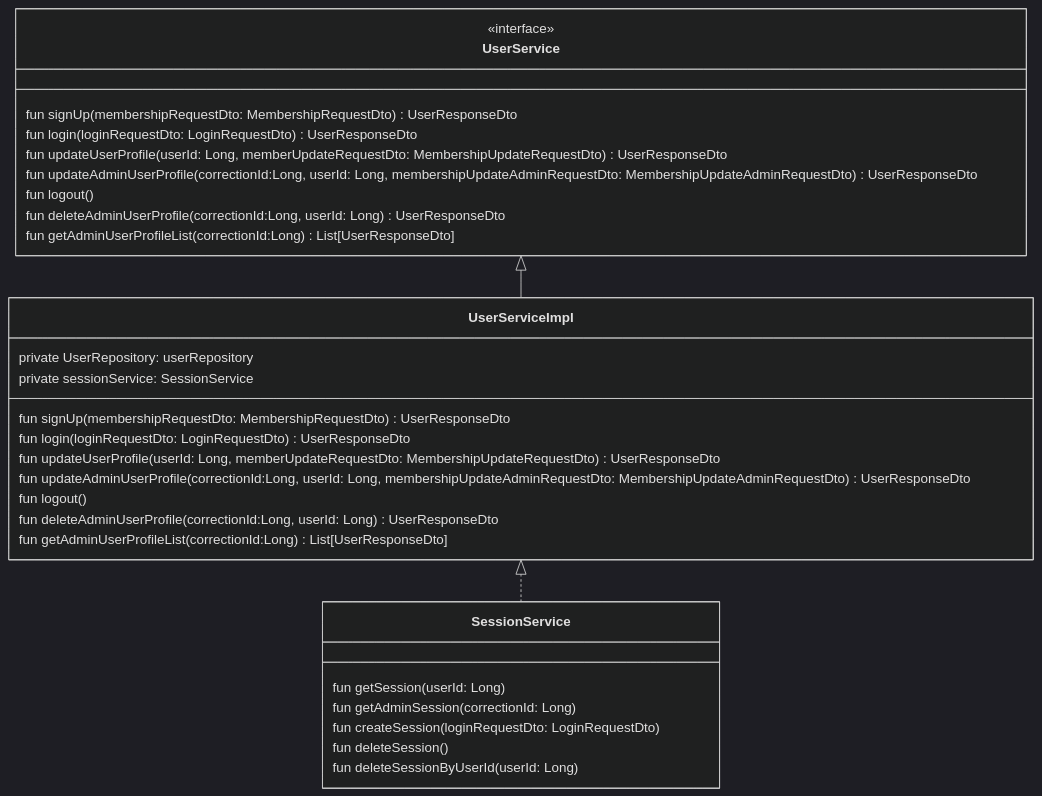
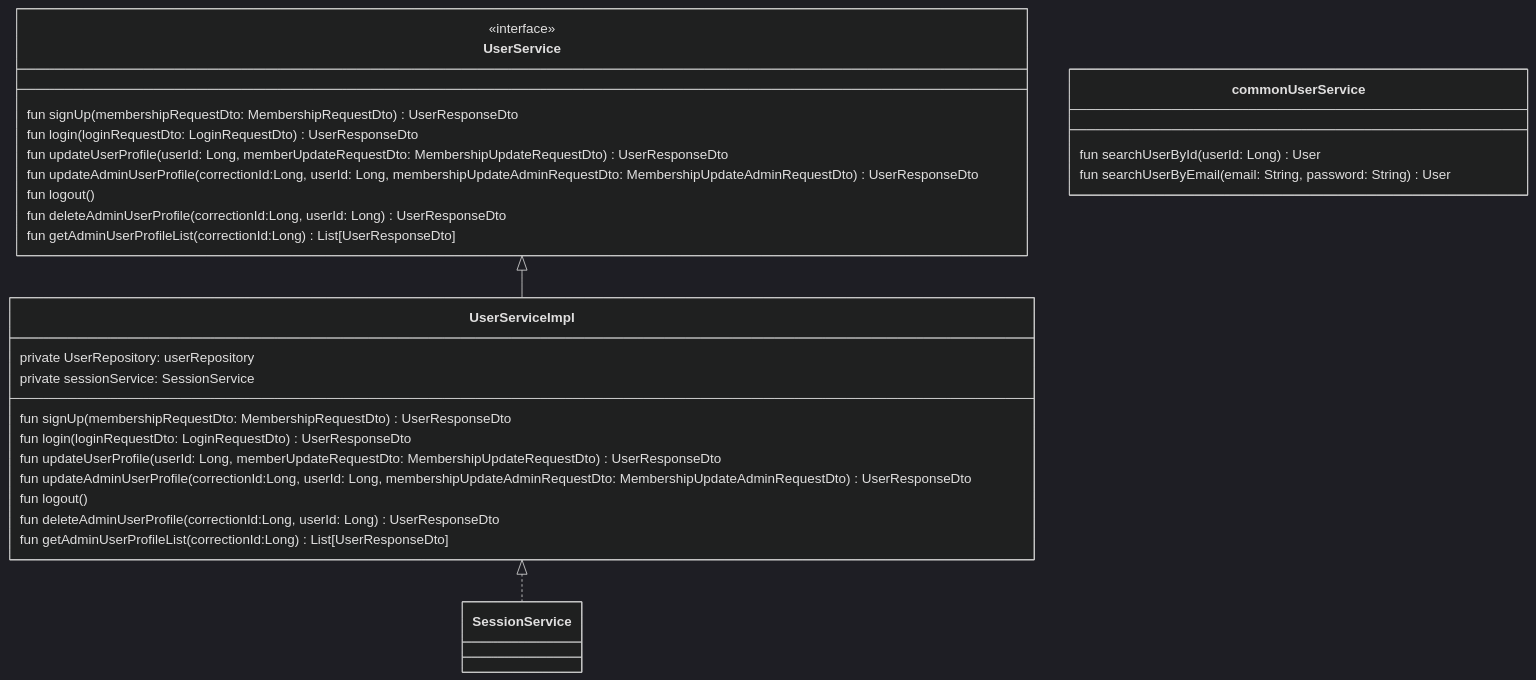
The seventh of 8 diagrams in README.md (Ppajingae/HW_todo), drawn with Mermaid (dark theme) before and after one commit. The commit also changed other lines of this file and 1 other file, not shown here.

````diff
--- a/README.md
+++ b/README.md
@@ -301,61 +365,54 @@
 ```mermaid
 classDiagram
 
     UserService <|-- UserServiceImpl
     UserServiceImpl <|.. SessionService
 
     class UserService {
         <<interface>>
         fun signUp(membershipRequestDto: MembershipRequestDto) UserResponseDto
 
         fun login(loginRequestDto: LoginRequestDto) UserResponseDto
 
         fun updateUserProfile(userId: Long, memberUpdateRequestDto: MembershipUpdateRequestDto) UserResponseDto
 
         fun updateAdminUserProfile(correctionId:Long, userId: Long, membershipUpdateAdminRequestDto: MembershipUpdateAdminRequestDto) UserResponseDto
 
         fun logout()
 
         fun deleteAdminUserProfile(correctionId:Long, userId: Long) UserResponseDto
 
         fun getAdminUserProfileList(correctionId:Long) List[UserResponseDto]
     }
 
 
 
 
 
 
     class UserServiceImpl{
 
         private UserRepository: userRepository
         private sessionService: SessionService
 
         fun signUp(membershipRequestDto: MembershipRequestDto) UserResponseDto
 
         fun login(loginRequestDto: LoginRequestDto) UserResponseDto
 
         fun updateUserProfile(userId: Long, memberUpdateRequestDto: MembershipUpdateRequestDto) UserResponseDto
 
         fun updateAdminUserProfile(correctionId:Long, userId: Long, membershipUpdateAdminRequestDto: MembershipUpdateAdminRequestDto) UserResponseDto
 
         fun logout()
 
         fun deleteAdminUserProfile(correctionId:Long, userId: Long) UserResponseDto
 
         fun getAdminUserProfileList(correctionId:Long) List[UserResponseDto]
     }
+    
+    class commonUserService{
+        fun searchUserById(userId: Long) User
+        fun searchUserByEmail(email: String, password: String) User
+    }
 
-
-    class SessionService{
-        fun getSession(userId: Long)
-
-        fun getAdminSession(correctionId: Long)
-
-        fun createSession(loginRequestDto: LoginRequestDto)
-
-        fun deleteSession()
-
-        fun deleteSessionByUserId(userId: Long)
-    }
 ```
````
